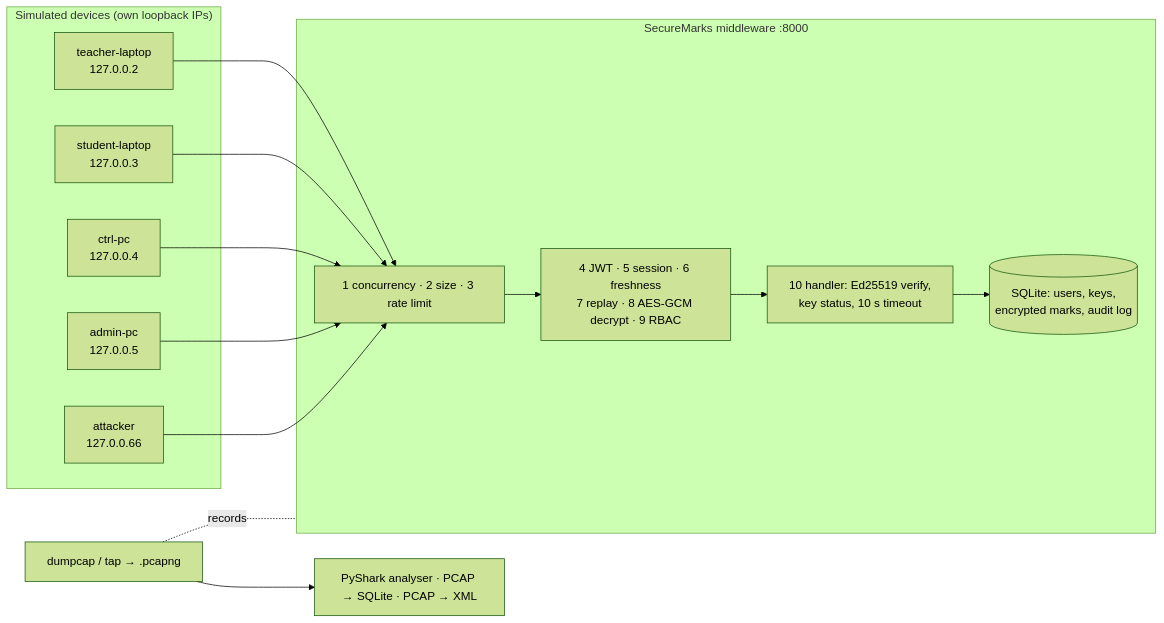
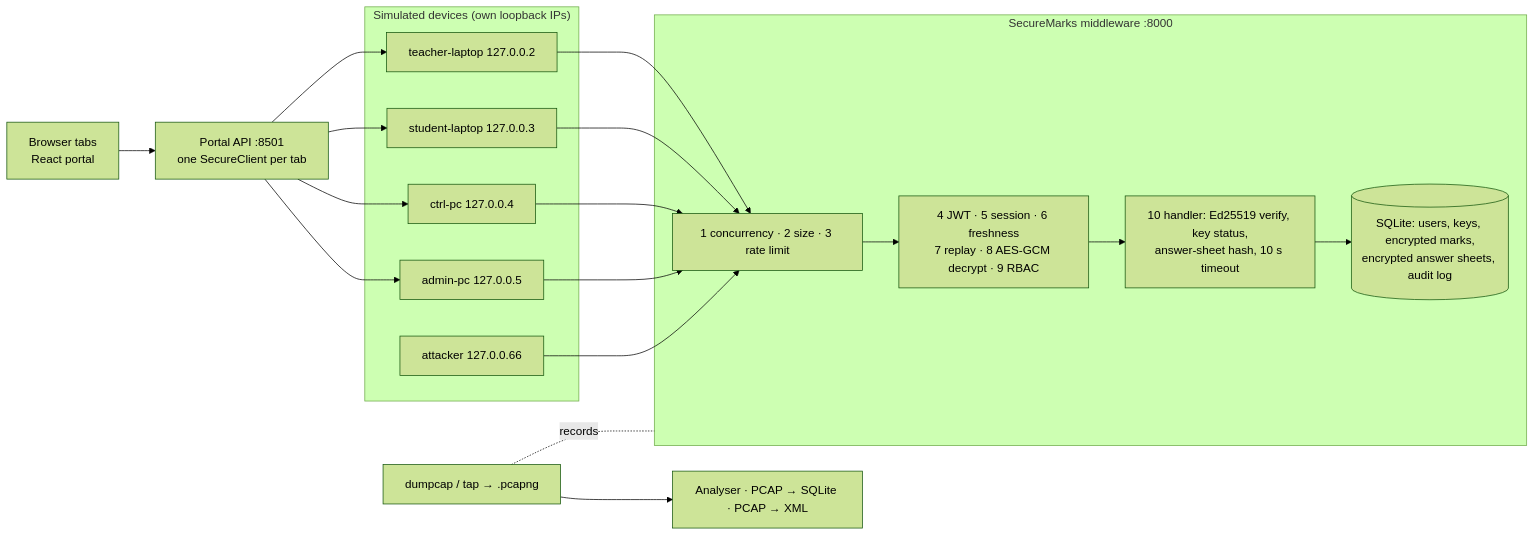
Before and after one commit to TharunAdithyan120506/ISproj_SecureMarks: the diagram in README.md, drawn with Mermaid (forest theme). The commit also changed other lines of this file and 101 other files, not shown here.

````diff
--- a/README.md
+++ b/README.md
@@ -36,18 +62,20 @@
 ```mermaid
 flowchart LR
   subgraph Devices["Simulated devices (own loopback IPs)"]
-    T["teacher-laptop<br/>127.0.0.2"]
-    S["student-laptop<br/>127.0.0.3"]
-    C["ctrl-pc<br/>127.0.0.4"]
-    A["admin-pc<br/>127.0.0.5"]
-    X["attacker<br/>127.0.0.66"]
+    T["teacher-laptop 127.0.0.2"]
+    S["student-laptop 127.0.0.3"]
+    C["ctrl-pc 127.0.0.4"]
+    A["admin-pc 127.0.0.5"]
+    X["attacker 127.0.0.66"]
   end
+  B["Browser tabs<br/>React portal"] --> P["Portal API :8501<br/>one SecureClient per tab"]
+  P --> T & S & C & A
   subgraph MW["SecureMarks middleware :8000"]
     G["1 concurrency · 2 size · 3 rate limit"] --> SR["4 JWT · 5 session · 6 freshness<br/>7 replay · 8 AES-GCM decrypt · 9 RBAC"]
-    SR --> H["10 handler: Ed25519 verify,<br/>key status, 10 s timeout"]
-    H --> DB[("SQLite: users, keys,<br/>encrypted marks, audit log")]
+    SR --> H["10 handler: Ed25519 verify, key status,<br/>answer-sheet hash, 10 s timeout"]
+    H --> DB[("SQLite: users, keys, encrypted marks,<br/>encrypted answer sheets, audit log")]
   end
   T & S & C & A & X --> G
   CAP["dumpcap / tap → .pcapng"] -. records .- MW
-  CAP --> AN["PyShark analyser · PCAP → SQLite · PCAP → XML"]
+  CAP --> AN["Analyser · PCAP → SQLite · PCAP → XML"]
 ```
````
